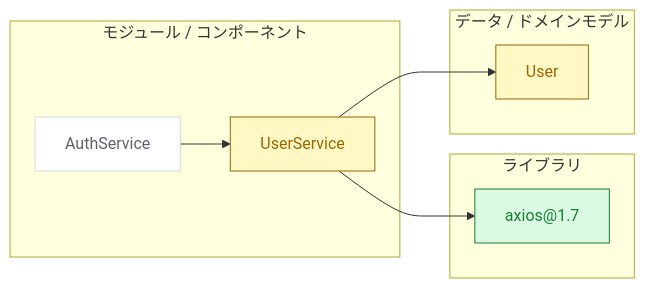
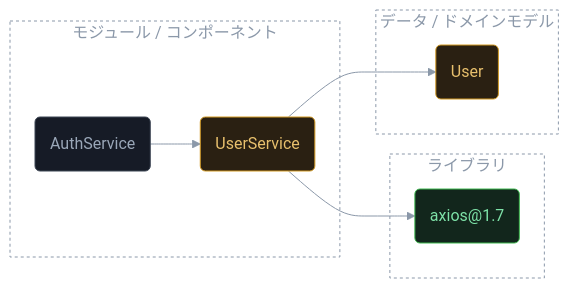
Before and after one commit to mjcreativelab/mjcreativelab-agent-plugins: the first of 2 diagrams in skills/branch-visualize/references/format-guide.md, drawn with Mermaid. The commit also changed other lines of this file and 4 other files, not shown here.

First line of the commit message:
feat(branch-visualize): HTML 図をダークテーマ化し自動レイアウトをテンプレートに内蔵 (#91)

````diff
--- a/skills/branch-visualize/references/format-guide.md
+++ b/skills/branch-visualize/references/format-guide.md
@@ -24,20 +32,23 @@
 ```mermaid
 flowchart LR
   subgraph libs["ライブラリ"]
-    lib_axios["axios@1.7"]:::added
+    lib_axios("axios@1.7"):::added
   end
   subgraph mods["モジュール / コンポーネント"]
-    mod_usersvc["UserService"]:::modified
-    mod_authsvc["AuthService"]:::unchanged
+    mod_usersvc("UserService"):::modified
+    mod_authsvc("AuthService"):::unchanged
   end
   subgraph models["データ / ドメインモデル"]
-    mdl_user["User"]:::modified
+    mdl_user("User"):::modified
   end
   mod_usersvc --> lib_axios
   mod_usersvc --> mdl_user
   mod_authsvc --> mod_usersvc
-  classDef added fill:#dafbe1,stroke:#1a7f37,color:#1a7f37
-  classDef modified fill:#fff8c5,stroke:#9a6700,color:#9a6700
-  classDef removed fill:#ffebe9,stroke:#cf222e,stroke-dasharray:5 3,color:#cf222e
-  classDef unchanged fill:#ffffff,stroke:#d1d9e0,color:#59636e
+  classDef added fill:#12261c,stroke:#3fb950,color:#7ee2a8
+  classDef modified fill:#2a2012,stroke:#d29922,color:#e8c06d
+  classDef removed fill:#2b1518,stroke:#f85149,stroke-dasharray:5 3,color:#ff9d96
+  classDef unchanged fill:#161b26,stroke:#3d4654,color:#9aa7b8
+  classDef grp fill:transparent,stroke:#8b98a9,stroke-dasharray:3 3,color:#8b98a9
+  class libs,mods,models grp
+  linkStyle default stroke:#8b98a9
 ```
````
